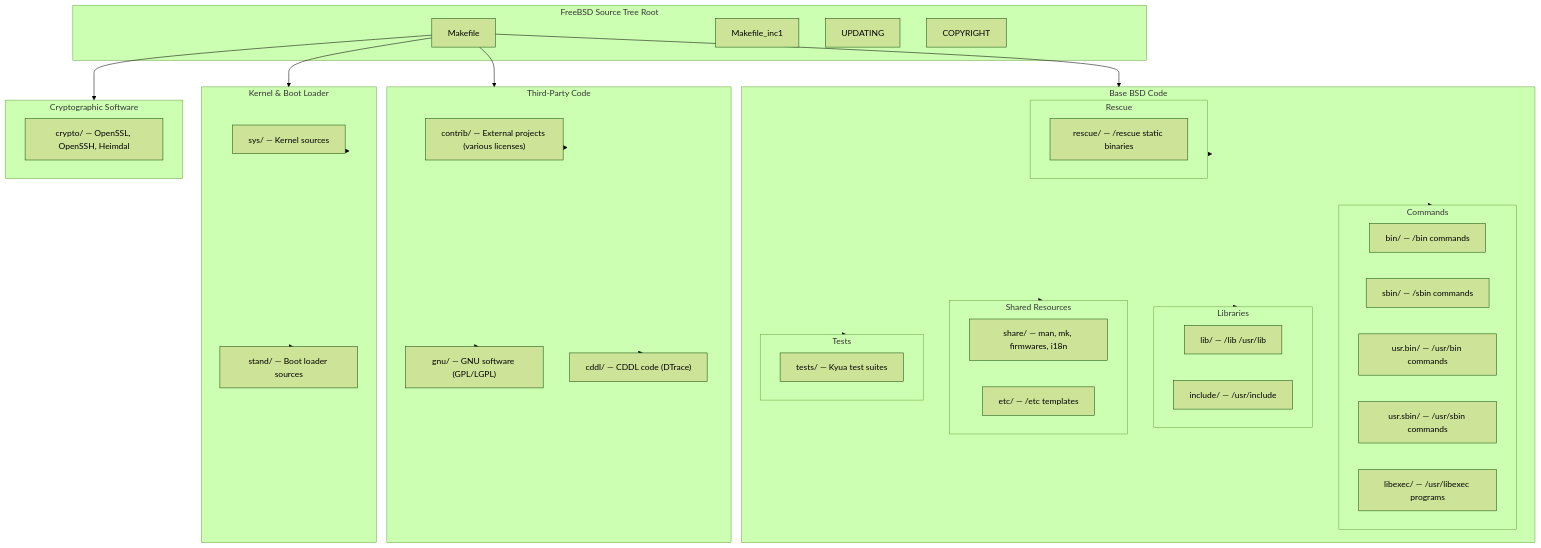
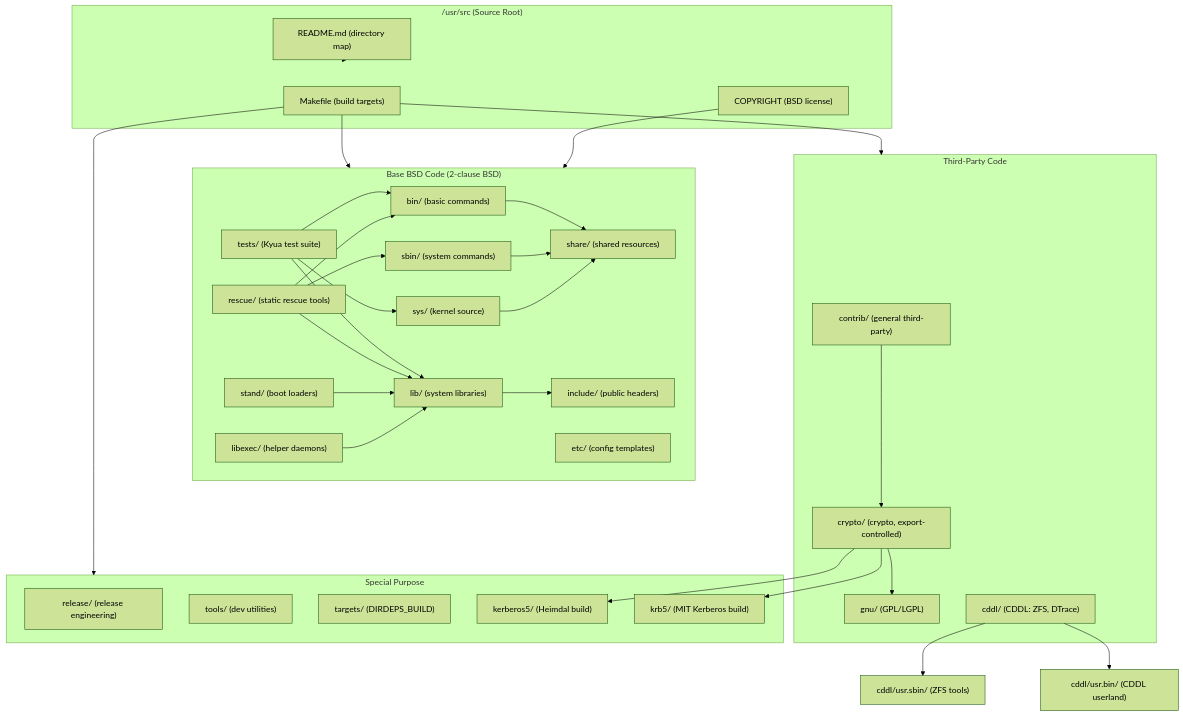
The diagram in README_internals.md (ocochard/freebsd-src), drawn with Mermaid (forest theme) before and after one commit. The commit also changed other lines of this file and 25 other files, not shown here.

````diff
--- a/README_internals.md
+++ b/README_internals.md
@@ -147,66 +86,63 @@
 ```mermaid
 flowchart TD
-    subgraph TopLevel["FreeBSD Source Tree Root"]
-        Makefile
-        Makefile_inc1
-        UPDATING
-        COPYRIGHT
+    subgraph TopLevel["/usr/src (Source Root)"]
+        Makefile["Makefile (build targets)"]
+        README["README.md (directory map)"]
+        COPYRIGHT["COPYRIGHT (BSD license)"]
     end
 
-    subgraph BaseSystem["Base BSD Code"]
-        subgraph Binaries["Commands"]
-            bin["bin/ — /bin commands"]
-            sbin["sbin/ — /sbin commands"]
-            usr_bin["usr.bin/ — /usr/bin commands"]
-            usr_sbin["usr.sbin/ — /usr/sbin commands"]
-            libexec["libexec/ — /usr/libexec programs"]
-        end
-        subgraph Libraries["Libraries"]
-            lib["lib/ — /lib /usr/lib"]
-            include["include/ — /usr/include"]
-        end
-        subgraph Shared["Shared Resources"]
-            share["share/ — man, mk, firmwares, i18n"]
-            etc["etc/ — /etc templates"]
-        end
-        subgraph Testing["Tests"]
-            tests["tests/ — Kyua test suites"]
-        end
-        subgraph Rescue["Rescue"]
-            rescue["rescue/ — /rescue static binaries"]
-        end
+    subgraph BaseBSD["Base BSD Code (2-clause BSD)"]
+        bin["bin/ (basic commands)"]
+        sbin["sbin/ (system commands)"]
+        lib["lib/ (system libraries)"]
+        sys["sys/ (kernel source)"]
+        share["share/ (shared resources)"]
+        etc["etc/ (config templates)"]
+        include["include/ (public headers)"]
+        libexec["libexec/ (helper daemons)"]
+        stand["stand/ (boot loaders)"]
+        rescue["rescue/ (static rescue tools)"]
+        tests["tests/ (Kyua test suite)"]
     end
 
     subgraph ThirdParty["Third-Party Code"]
-        contrib["contrib/ — External projects (various licenses)"]
-        gnu["gnu/ — GNU software (GPL/LGPL)"]
-        cddl["cddl/ — CDDL code (DTrace)"]
+        contrib["contrib/ (general third-party)"]
+        crypto["crypto/ (crypto, export-controlled)"]
+        gnu["gnu/ (GPL/LGPL)"]
+        cddl["cddl/ (CDDL: ZFS, DTrace)"]
     end
 
-    subgraph KernelBoot["Kernel & Boot Loader"]
-        sys["sys/ — Kernel sources"]
-        stand["stand/ — Boot loader sources"]
+    subgraph Special["Special Purpose"]
+        release["release/ (release engineering)"]
+        tools["tools/ (dev utilities)"]
+        targets["targets/ (DIRDEPS_BUILD)"]
+        kerberos5["kerberos5/ (Heimdal build)"]
+        krb5["krb5/ (MIT Kerberos build)"]
     end
 
-    subgraph Crypto["Cryptographic Software"]
-        crypto["crypto/ — OpenSSL, OpenSSH, Heimdal"]
-    end
+    Makefile --> BaseBSD
+    Makefile --> ThirdParty
+    Makefile --> Special
+    README --> TopLevel
+    COPYRIGHT --> BaseBSD
 
-    Makefile --> BaseSystem
-    Makefile --> ThirdParty
-    Makefile --> KernelBoot
-    Makefile --> Crypto
+    bin --> share
+    sbin --> share
+    lib --> include
+    sys --> share
+    tests --> sys
+    tests --> bin
+    tests --> lib
+    rescue --> lib
+    rescue --> bin
+    rescue --> sbin
+    stand --> lib
+    libexec --> lib
 
-    BaseSystem --> Binaries
-    BaseSystem --> Libraries
-    BaseSystem --> Shared
-    BaseSystem --> Testing
-    BaseSystem --> Rescue
-
-    KernelBoot --> sys
-    KernelBoot --> stand
-
-    ThirdParty --> contrib
-    ThirdParty --> gnu
-    ThirdParty --> cddl
+    contrib --> crypto
+    crypto --> kerberos5
+    crypto --> krb5
+    crypto --> gnu
+    cddl --> usr_sbin_cddl["cddl/usr.sbin/ (ZFS tools)"]
+    cddl --> usr_bin_cddl["cddl/usr.bin/ (CDDL userland)"]
 ```
````
